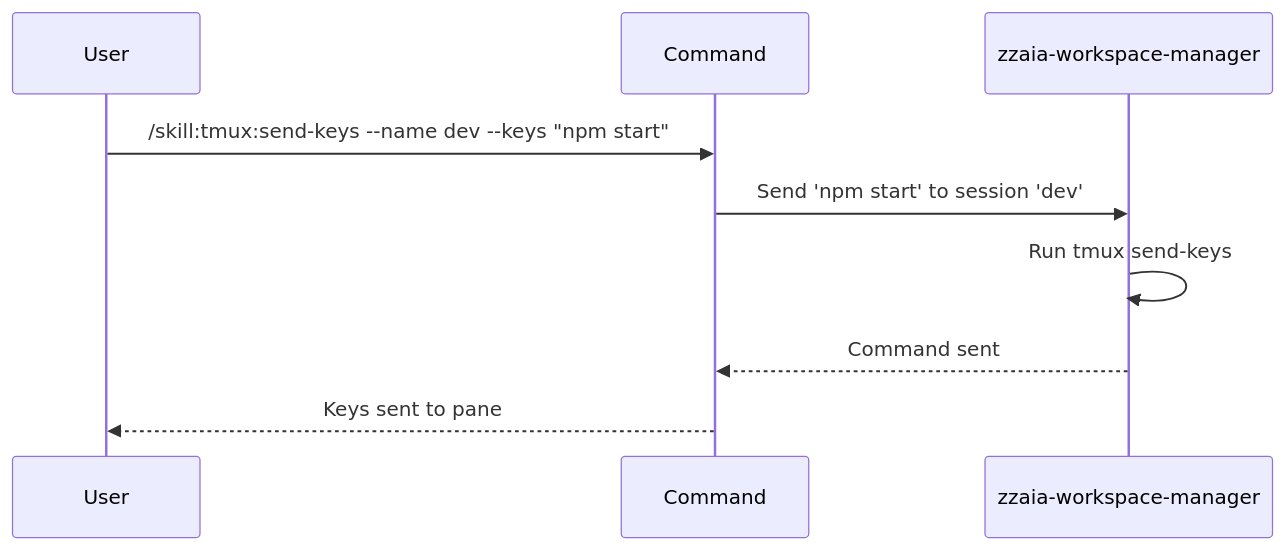
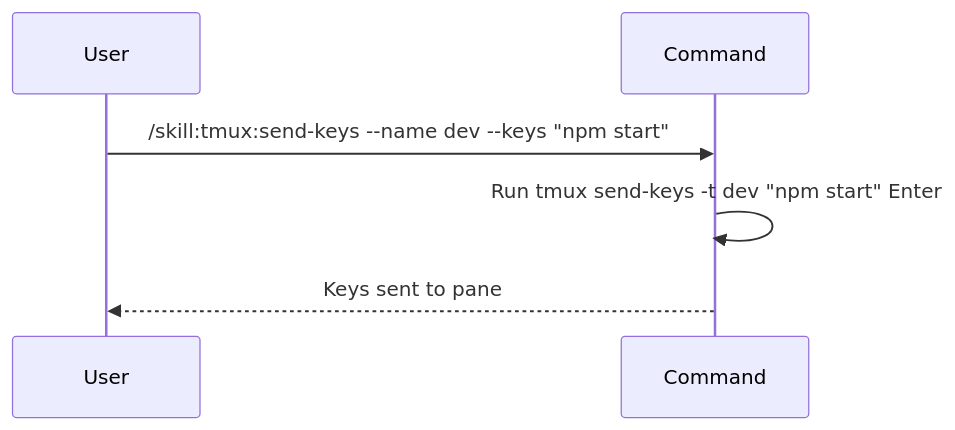
Before and after one commit to zzaia/zzaia-agentic-workspace: the diagram in .claude/commands/skill/tmux/send-keys/SKILL.md, drawn with Mermaid. The commit also changed 5 other files, not shown here.

Commit message:
Remove unnecessary sub agent use on tmux command;

````diff
--- a/.claude/commands/skill/tmux/send-keys/SKILL.md
+++ b/.claude/commands/skill/tmux/send-keys/SKILL.md
@@ -36,12 +36,9 @@
 ```mermaid
 sequenceDiagram
     participant U as User
     participant C as Command
-    participant WM as zzaia-workspace-manager
 
     U->>C: /skill:tmux:send-keys --name dev --keys "npm start"
-    C->>WM: Send 'npm start' to session 'dev'
-    WM->>WM: Run tmux send-keys
-    WM-->>C: Command sent
+    C->>C: Run tmux send-keys -t dev "npm start" Enter
     C-->>U: Keys sent to pane
 ```
````
